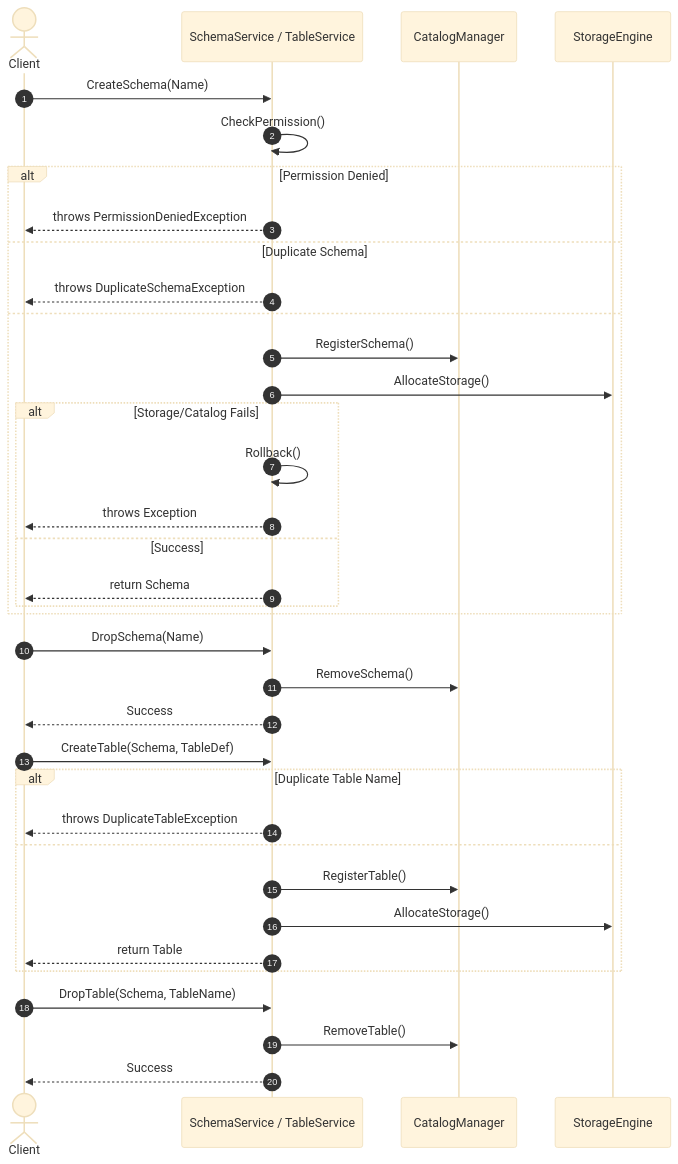
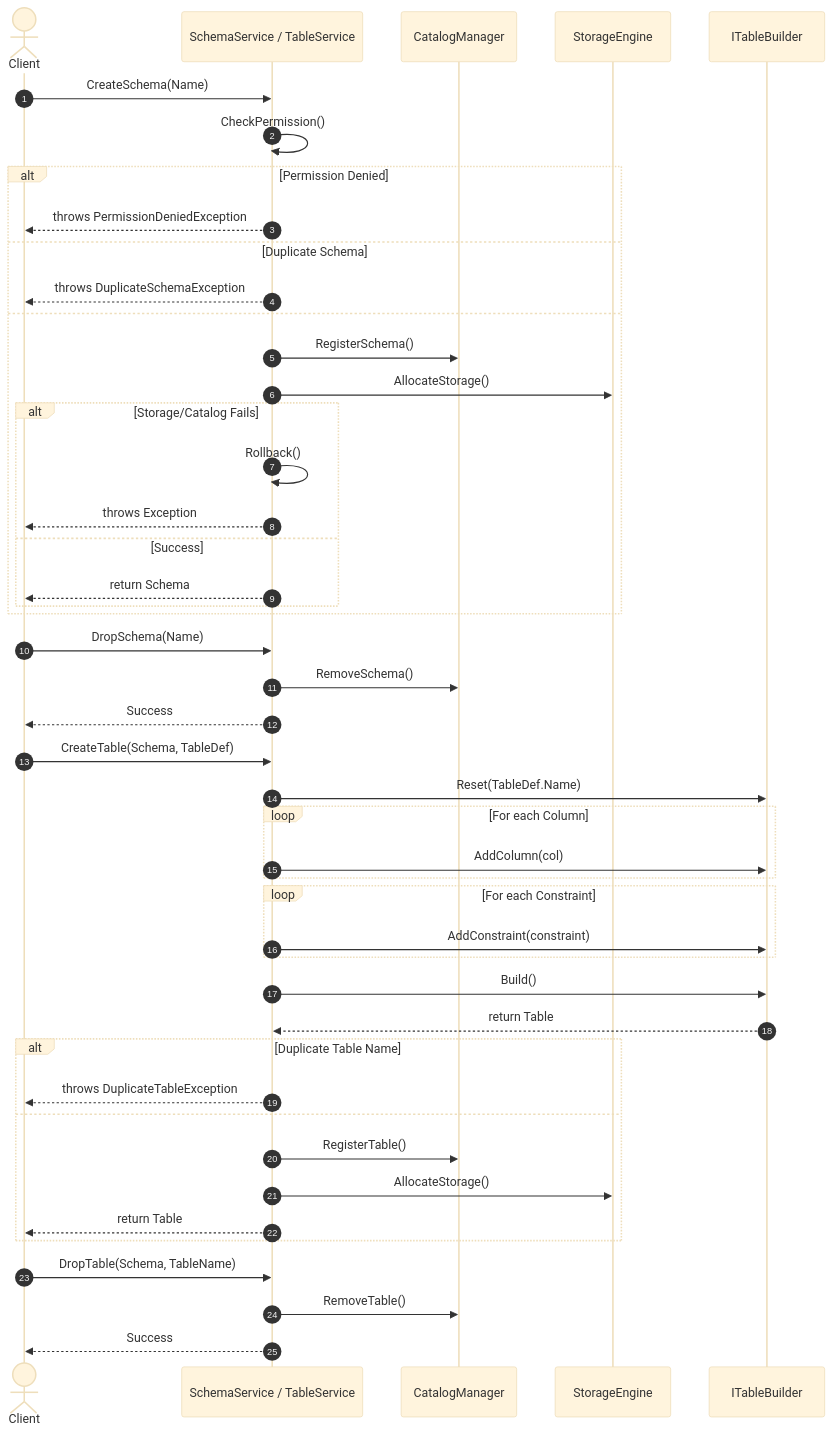
One commit to Hagiakhanh/bbv-dbms changed diagram 22 of 53 in docs/sequence-diagrams/README.md. Above: the diagram before and after it, drawn with Mermaid (base theme). The commit also changed other lines of this file and 11 other files, not shown here.

Commit message:
docs: update sequence diagram follow design pattern

````diff
--- a/docs/sequence-diagrams/README.md
+++ b/docs/sequence-diagrams/README.md
@@ -862,46 +947,57 @@
 ```mermaid
 sequenceDiagram
     autonumber
     actor Client
     participant Svc as SchemaService / TableService
     participant CatMgr as CatalogManager
     participant Storage as StorageEngine
+    participant Builder as ITableBuilder
     
     %% Create Schema
     Client->>Svc: CreateSchema(Name)
     Svc->>Svc: CheckPermission()
     alt Permission Denied
         Svc-->>Client: throws PermissionDeniedException
     else Duplicate Schema
         Svc-->>Client: throws DuplicateSchemaException
     else
         Svc->>CatMgr: RegisterSchema()
         Svc->>Storage: AllocateStorage()
         alt Storage/Catalog Fails
             Svc->>Svc: Rollback()
             Svc-->>Client: throws Exception
         else Success
             Svc-->>Client: return Schema
         end
     end
     
     %% Drop Schema
     Client->>Svc: DropSchema(Name)
     Svc->>CatMgr: RemoveSchema()
     Svc-->>Client: Success
 
     %% Create Table
     Client->>Svc: CreateTable(Schema, TableDef)
+    Svc->>Builder: Reset(TableDef.Name)
+    loop For each Column
+        Svc->>Builder: AddColumn(col)
+    end
+    loop For each Constraint
+        Svc->>Builder: AddConstraint(constraint)
+    end
+    Svc->>Builder: Build()
+    Builder-->>Svc: return Table
+    
     alt Duplicate Table Name
         Svc-->>Client: throws DuplicateTableException
     else
         Svc->>CatMgr: RegisterTable()
         Svc->>Storage: AllocateStorage()
         Svc-->>Client: return Table
     end
     
     %% Drop Table
     Client->>Svc: DropTable(Schema, TableName)
     Svc->>CatMgr: RemoveTable()
     Svc-->>Client: Success
 ```
````
